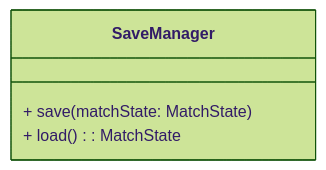
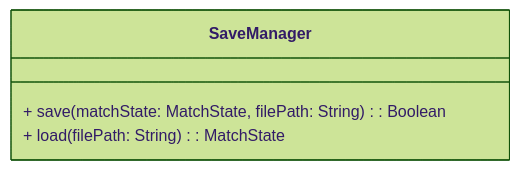
One commit to Borgotto/PPS-25-scalatello changed the sixth of 11 diagrams in docs/report/5-detailed-design.md. Above: the diagram before and after it, drawn with Mermaid (forest theme). The commit also changed other lines of this file, not shown here.

Commit message:
Add file path to savemanager

````diff
--- a/docs/report/5-detailed-design.md
+++ b/docs/report/5-detailed-design.md
@@ -195,7 +195,7 @@
 ```mermaid
 classDiagram
     class SaveManager {
-        + save(matchState: MatchState)
-        + load(): MatchState
+        + save(matchState: MatchState, filePath: String): Boolean
+        + load(filePath: String): MatchState
     }
 ```
````
